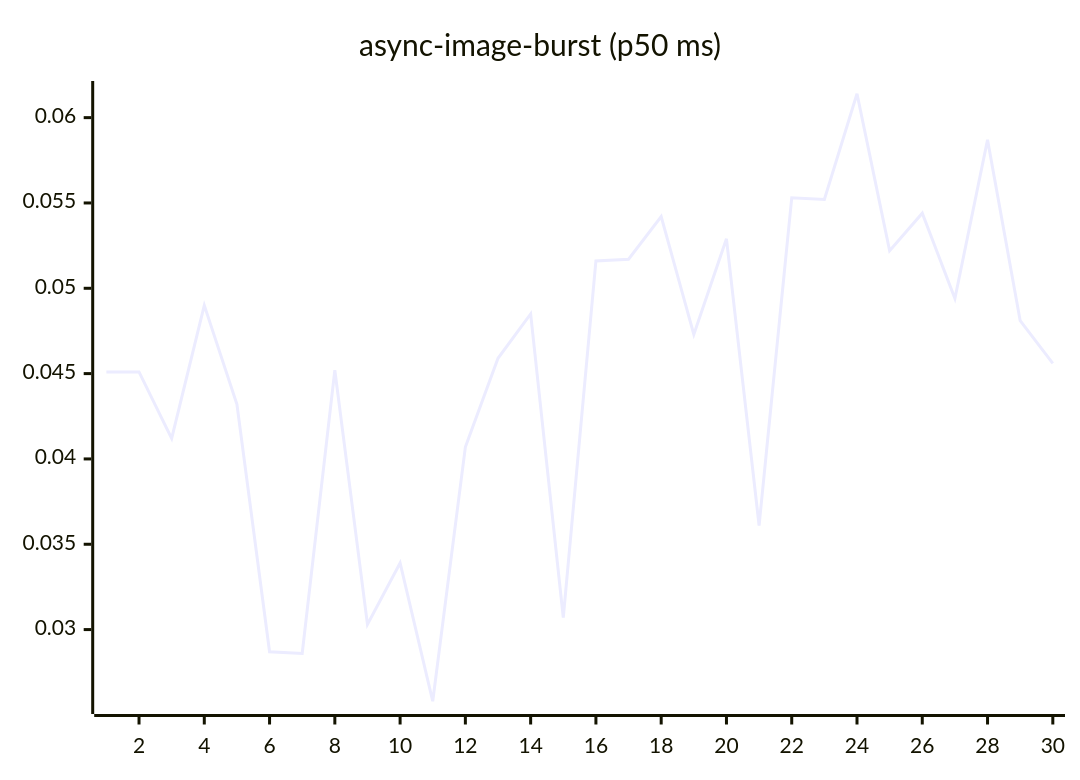
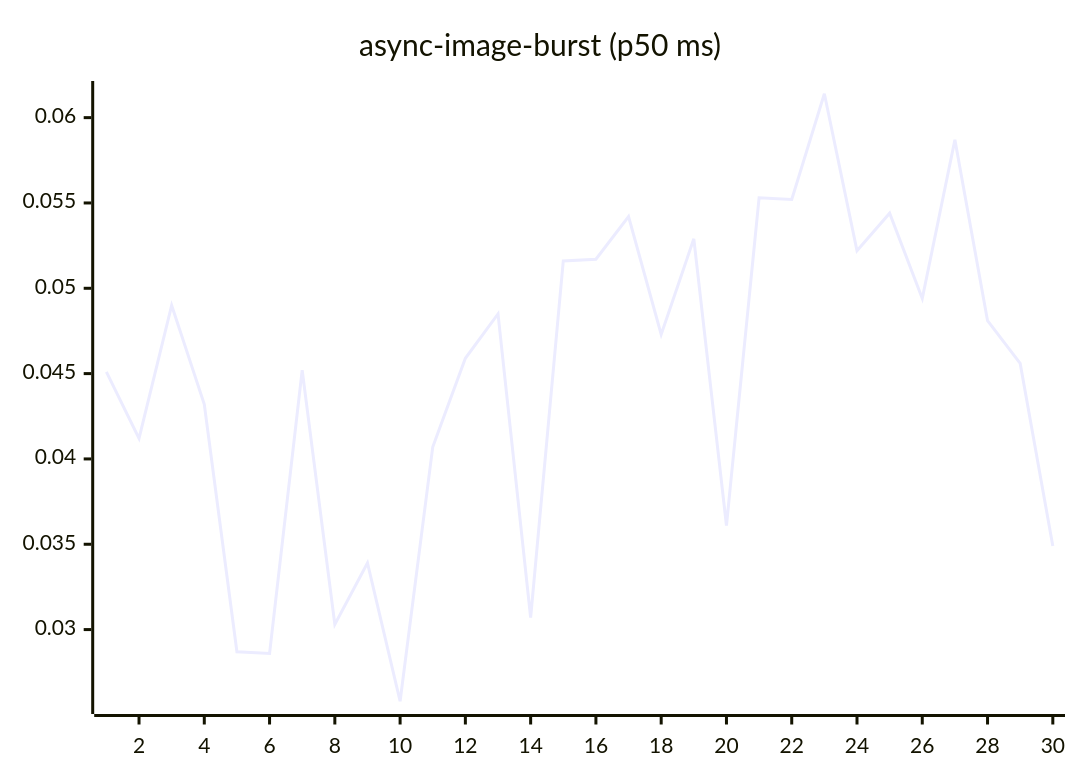
One commit to josha/Facet changed the fourth of 27 diagrams in README.md. Above: the diagram before and after it, drawn with Mermaid. The commit also changed other lines of this file and 2 other files, not shown here.

````diff
--- a/README.md
+++ b/README.md
@@ -84,6 +84,6 @@
 ```mermaid
 xychart-beta
     title "async-image-burst (p50 ms)"
     x-axis 1 --> 30
-    line [0.0451, 0.0451, 0.0412, 0.0490, 0.0432, 0.0287, 0.0286, 0.0452, 0.0303, 0.0339, 0.0258, 0.0407, 0.0459, 0.0485, 0.0307, 0.0516, 0.0517, 0.0542, 0.0473, 0.0529, 0.0361, 0.0553, 0.0552, 0.0614, 0.0522, 0.0544, 0.0494, 0.0587, 0.0481, 0.0456]
+    line [0.0451, 0.0412, 0.0490, 0.0432, 0.0287, 0.0286, 0.0452, 0.0303, 0.0339, 0.0258, 0.0407, 0.0459, 0.0485, 0.0307, 0.0516, 0.0517, 0.0542, 0.0473, 0.0529, 0.0361, 0.0553, 0.0552, 0.0614, 0.0522, 0.0544, 0.0494, 0.0587, 0.0481, 0.0456, 0.0349]
 ```
````
